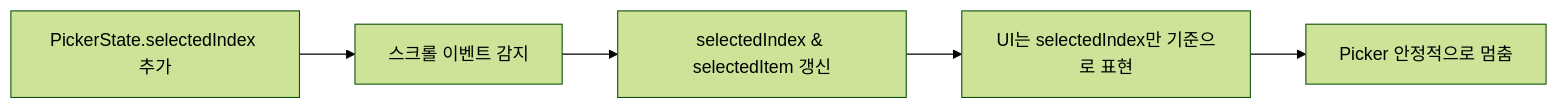
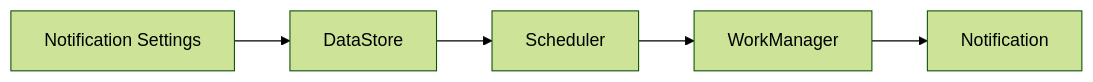
One commit to UiHyeon-Kim/GureumPage changed the seventh of 7 diagrams in README.md. Above: the diagram before and after it, drawn with Mermaid (forest theme). The commit also changed other lines of this file, not shown here.

````diff
--- a/README.md
+++ b/README.md
@@ -172,9 +368,10 @@
 ```mermaid
 flowchart LR
+    A["Notification Settings"]
+    B["DataStore"]
+    C["Scheduler"]
+    D["WorkManager"]
+    E["Notification"]
 
-A[PickerState.selectedIndex 추가] --> B[스크롤 이벤트 감지]
-B --> C[selectedIndex & selectedItem 갱신]
-C --> D[UI는 selectedIndex만 기준으로 표현]
-D --> E[Picker 안정적으로 멈춤]
-
+    A --> B --> C --> D --> E
 ```
````
